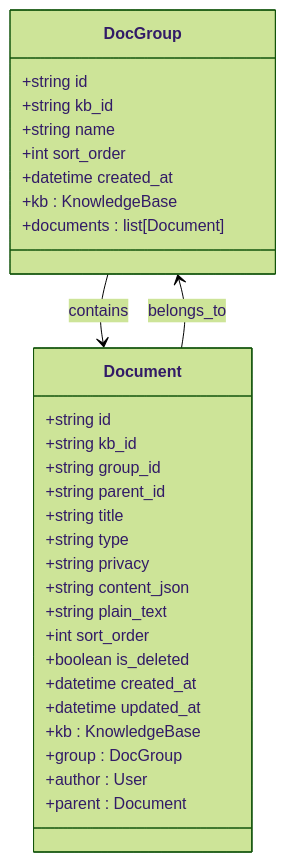
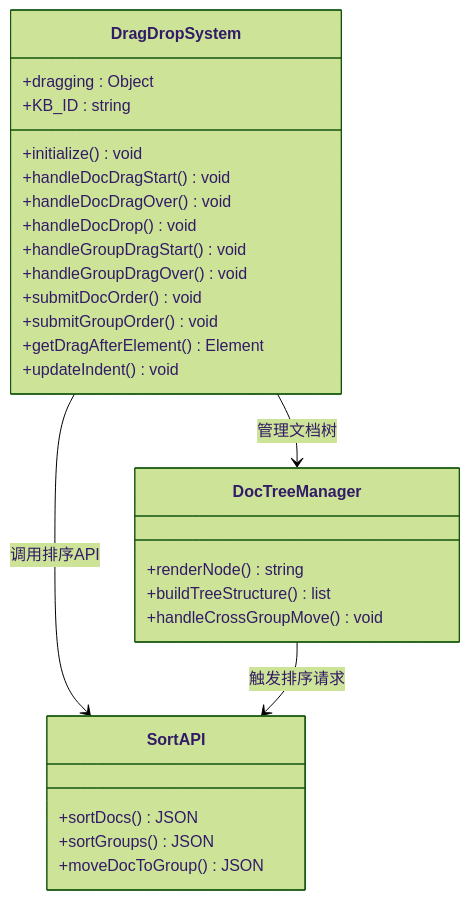
One commit to beyondalbert/my_wiki changed the tenth of 20 diagrams in .qoder/repowiki/zh/content/架构设计/蓝图系统设计/文档蓝图 (Document Blueprint).md. Above: the diagram before and after it, drawn with Mermaid (forest theme). The commit also changed other lines of this file and 6 other files, not shown here.

````diff
--- a/.qoder/repowiki/zh/content/架构设计/蓝图系统设计/文档蓝图 (Document Blueprint).md
+++ b/.qoder/repowiki/zh/content/架构设计/蓝图系统设计/文档蓝图 (Document Blueprint).md
@@ -513,33 +522,30 @@
 ```mermaid
 classDiagram
-class DocGroup {
-+string id
-+string kb_id
-+string name
-+int sort_order
-+datetime created_at
-+kb : KnowledgeBase
-+documents : list[Document]
+class DragDropSystem {
++dragging : Object
++KB_ID : string
++initialize() void
++handleDocDragStart() void
++handleDocDragOver() void
++handleDocDrop() void
++handleGroupDragStart() void
++handleGroupDragOver() void
++submitDocOrder() void
++submitGroupOrder() void
++getDragAfterElement() Element
++updateIndent() void
 }
-class Document {
-+string id
-+string kb_id
-+string group_id
-+string parent_id
-+string title
-+string type
-+string privacy
-+string content_json
-+string plain_text
-+int sort_order
-+boolean is_deleted
-+datetime created_at
-+datetime updated_at
-+kb : KnowledgeBase
-+group : DocGroup
-+author : User
-+parent : Document
+class DocTreeManager {
++renderNode() string
++buildTreeStructure() list
++handleCrossGroupMove() void
 }
-DocGroup --> Document : contains
-Document --> DocGroup : belongs_to
+class SortAPI {
++sortDocs() JSON
++sortGroups() JSON
++moveDocToGroup() JSON
+}
+DragDropSystem --> DocTreeManager : 管理文档树
+DragDropSystem --> SortAPI : 调用排序API
+DocTreeManager --> SortAPI : 触发排序请求
 ```
````
